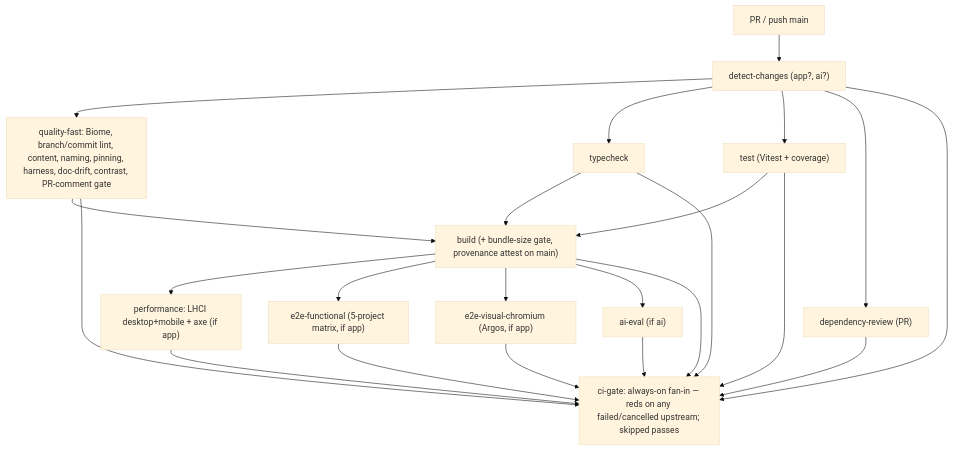
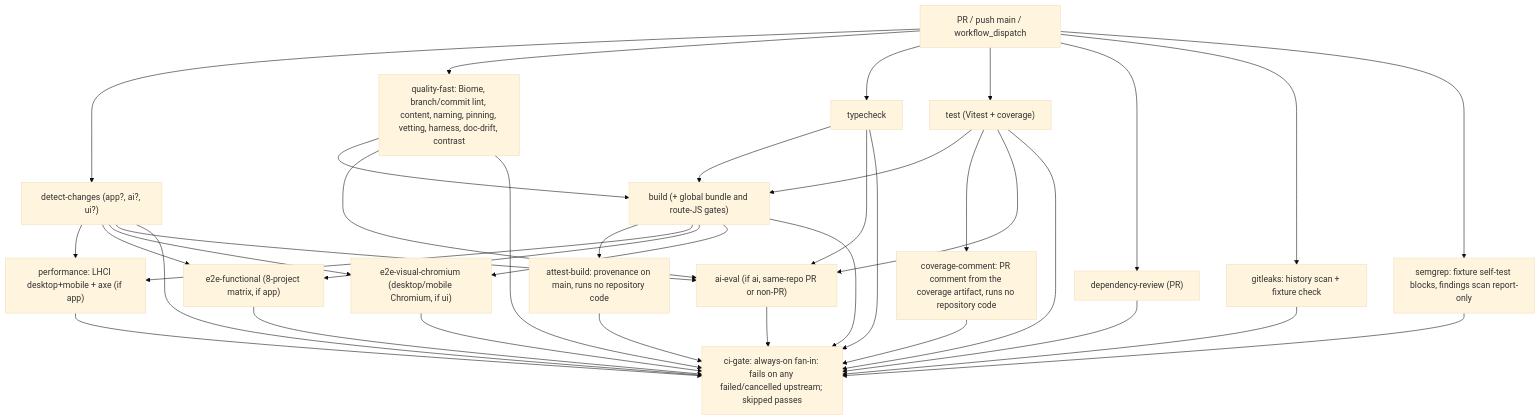
Before and after one commit to erikunha/portfolio: the third of 5 diagrams in docs/07-workflows.md, drawn with Mermaid (base theme). The commit also changed other lines of this file and 1307 other files, not shown here.

````diff
--- a/docs/07-workflows.md
+++ b/docs/07-workflows.md
@@ -73,26 +144,40 @@
 ```mermaid
 flowchart TD
-    pr["PR / push main"] --> dc["detect-changes (app?, ai?)"]
-    dc --> qf["quality-fast: Biome, branch/commit lint, content, naming, pinning, harness, doc-drift, contrast, PR-comment gate"]
-    dc --> tc["typecheck"]
-    dc --> t["test (Vitest + coverage)"]
-    dc --> dr["dependency-review (PR)"]
-    qf --> b["build (+ bundle-size gate, provenance attest on main)"]
+    pr["PR / push main / workflow_dispatch"] --> dc["detect-changes (app?, ai?, ui?)"]
+    pr --> qf["quality-fast: Biome, branch/commit lint, content, naming, pinning, vetting, harness, doc-drift, contrast"]
+    pr --> tc["typecheck"]
+    pr --> t["test (Vitest + coverage)"]
+    pr --> dr["dependency-review (PR)"]
+    qf --> b["build (+ global bundle and route-JS gates)"]
     tc --> b
     t --> b
+    b --> at["attest-build: provenance on main, runs no repository code"]
+    t --> cc["coverage-comment: PR comment from the coverage artifact, runs no repository code"]
     b --> perf["performance: LHCI desktop+mobile + axe (if app)"]
-    b --> e2e["e2e-functional (5-project matrix, if app)"]
-    b --> vis["e2e-visual-chromium (Argos, if app)"]
-    b --> ev["ai-eval (if ai)"]
+    b --> e2e["e2e-functional (8-project matrix, if app)"]
+    b --> vis["e2e-visual-chromium (desktop/mobile Chromium, if ui)"]
+    dc --> perf
+    dc --> e2e
+    dc --> vis
+    dc --> ev["ai-eval (if ai, same-repo PR or non-PR)"]
+    qf --> ev
+    tc --> ev
+    t --> ev
+    pr --> secrets["gitleaks: history scan + fixture check"]
+    secrets --> gate
+    pr --> semgrep["semgrep: fixture self-test blocks, findings scan report-only"]
+    semgrep --> gate
     dc --> gate
     qf --> gate
     tc --> gate
     t --> gate
     dr --> gate
     b --> gate
+    at --> gate
+    cc --> gate
     perf --> gate
     e2e --> gate
     vis --> gate
     ev --> gate
-    gate["ci-gate: always-on fan-in — reds on any failed/cancelled upstream; skipped passes"]
+    gate["ci-gate: always-on fan-in: fails on any failed/cancelled upstream; skipped passes"]
 ```
````
